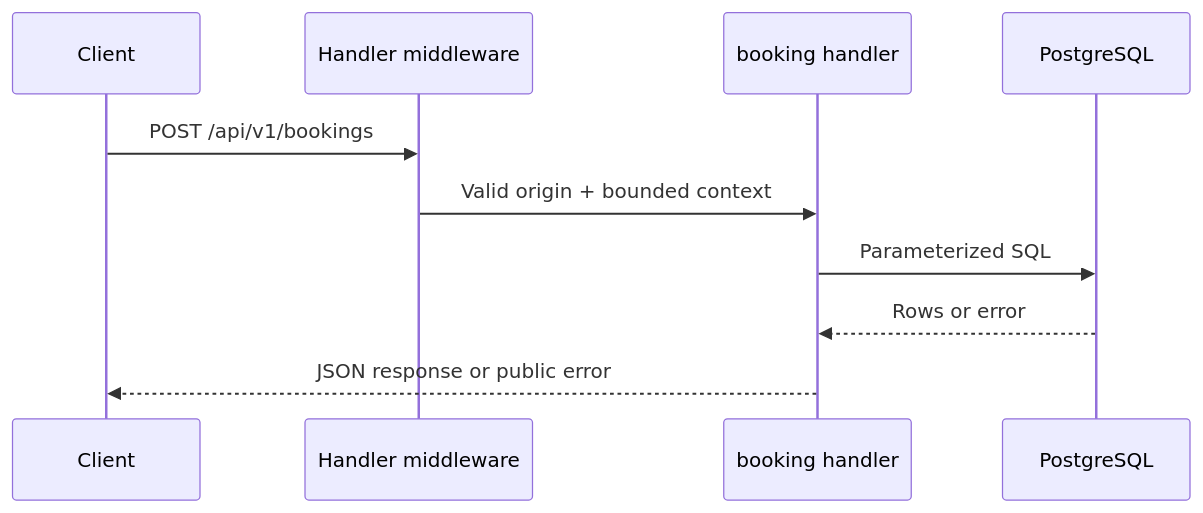
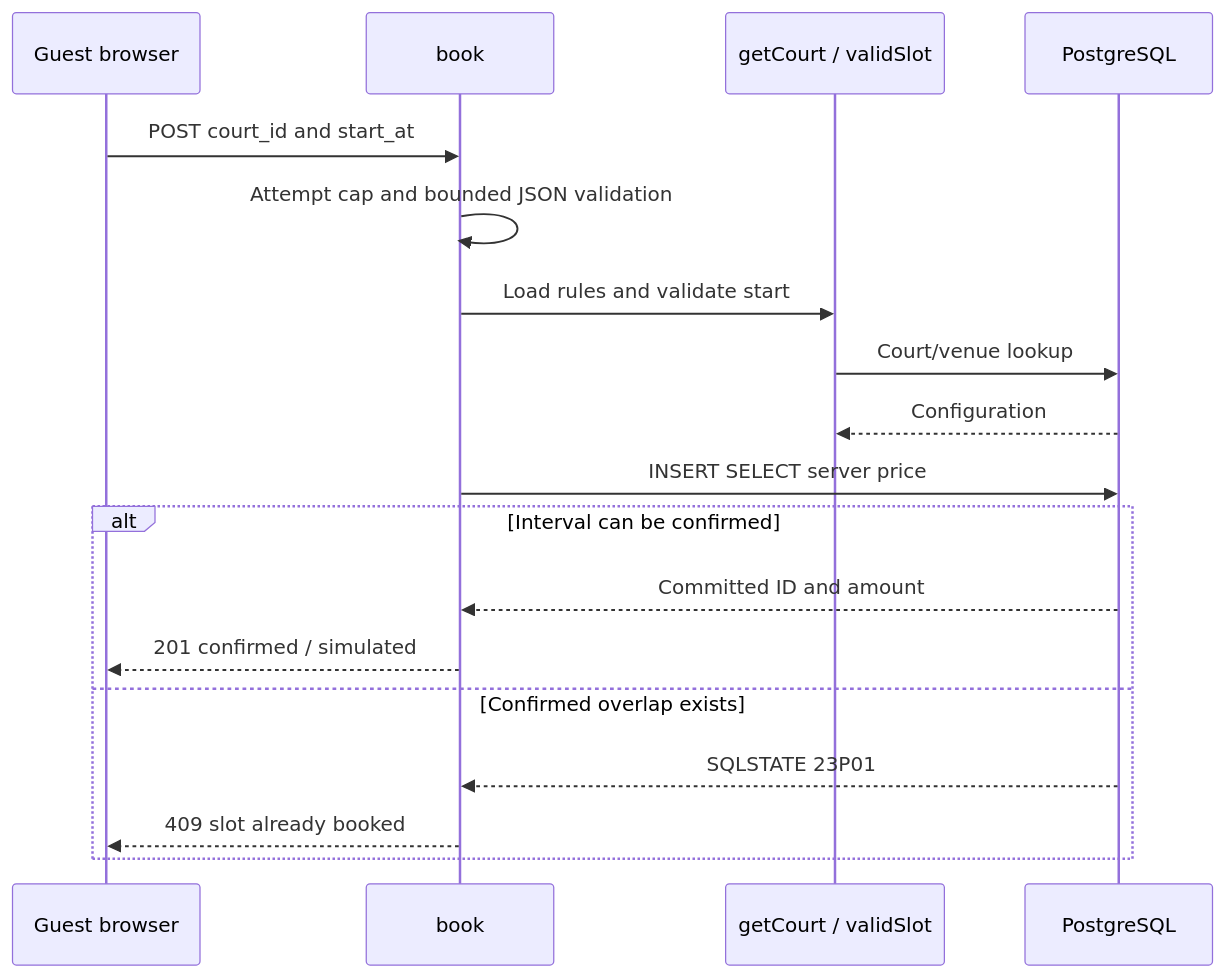
The diagram in buildDocs/buildDocs/CourtFlow/system-analysis/booking.md (dilutedbrainjuice/courtflow), drawn with Mermaid before and after one commit. The commit also changed other lines of this file and 9 other files, not shown here.

````diff
--- a/buildDocs/buildDocs/CourtFlow/system-analysis/booking.md
+++ b/buildDocs/buildDocs/CourtFlow/system-analysis/booking.md
@@ -40,12 +94,20 @@
 ```mermaid
 sequenceDiagram
-    participant C as Client
-    participant M as Handler middleware
-    participant H as booking handler
+    participant W as Guest browser
+    participant A as book
+    participant S as getCourt / validSlot
     participant D as PostgreSQL
-    C->>M: POST /api/v1/bookings
-    M->>H: Valid origin + bounded context
-    H->>D: Parameterized SQL
-    D-->>H: Rows or error
-    H-->>C: JSON response or public error
+    W->>A: POST court_id and start_at
+    A->>A: Attempt cap and bounded JSON validation
+    A->>S: Load rules and validate start
+    S->>D: Court/venue lookup
+    D-->>S: Configuration
+    A->>D: INSERT SELECT server price
+    alt Interval can be confirmed
+        D-->>A: Committed ID and amount
+        A-->>W: 201 confirmed / simulated
+    else Confirmed overlap exists
+        D-->>A: SQLSTATE 23P01
+        A-->>W: 409 slot already booked
+    end
 ```
````
